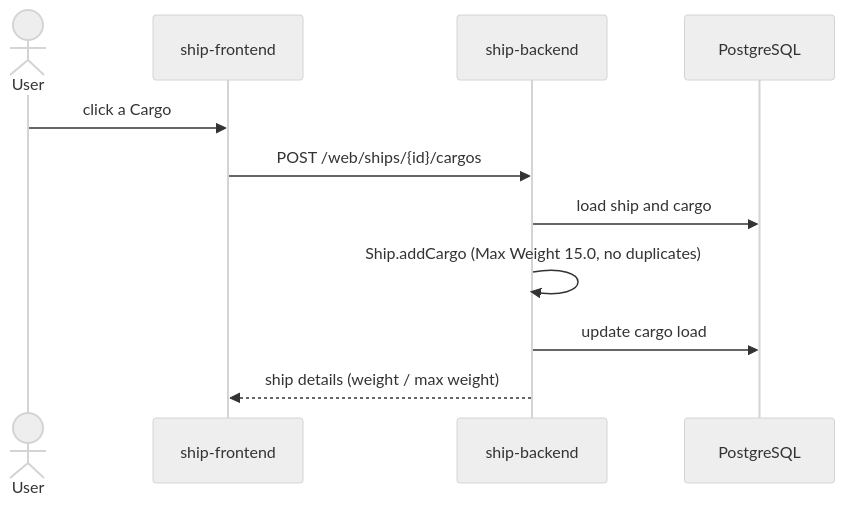
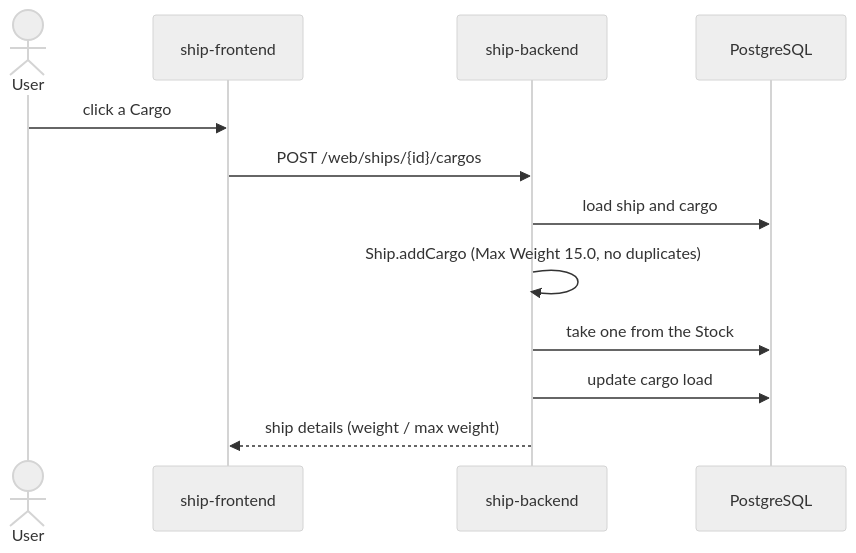
Before and after one commit to maurizio100/ddd-ship: the second of 7 diagrams in docs/arc42/06-runtime.md, drawn with Mermaid (neutral theme). The commit also changed other lines of this file and 7 other files, not shown here.

````diff
--- a/docs/arc42/06-runtime.md
+++ b/docs/arc42/06-runtime.md
@@ -25,13 +25,14 @@
 ```mermaid
 sequenceDiagram
     actor U as User
     participant FE as ship-frontend
     participant BE as ship-backend
     participant DB as PostgreSQL
     U->>FE: click a Cargo
     FE->>BE: POST /web/ships/{id}/cargos
     BE->>DB: load ship and cargo
     BE->>BE: Ship.addCargo (Max Weight 15.0, no duplicates)
+    BE->>DB: take one from the Stock
     BE->>DB: update cargo load
     BE-->>FE: ship details (weight / max weight)
 ```
````
